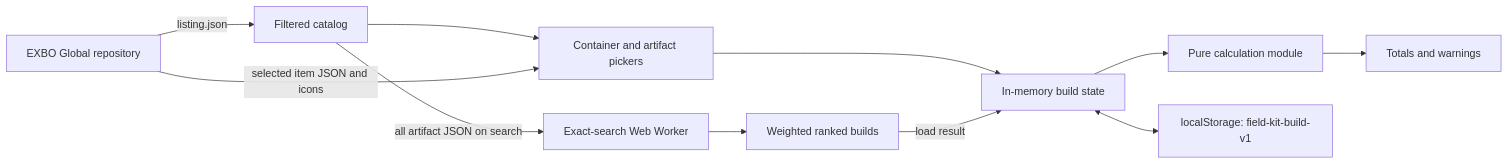
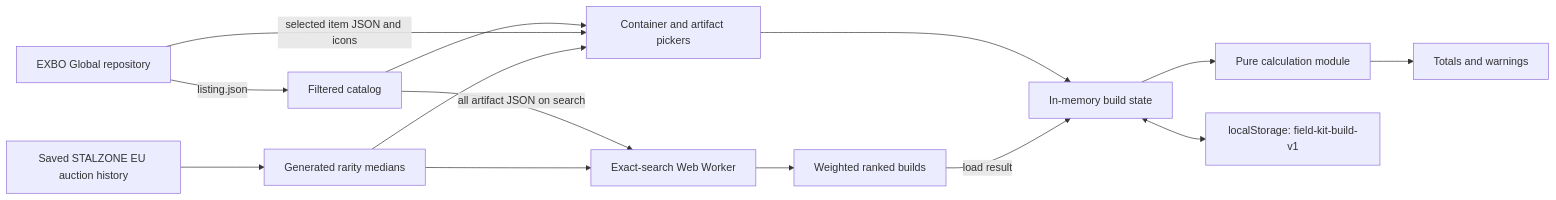
Before and after one commit to mzmrk/stalzone-field-kit: the diagram in docs/architecture.md, drawn with Mermaid. The commit also changed other lines of this file and 13 other files, not shown here.

Commit message:
pricing,optimizer,ui: add budget-aware market estimates (rarity medians, price display, max-total filter)

````diff
--- a/docs/architecture.md
+++ b/docs/architecture.md
@@ -18,13 +18,16 @@
 ```mermaid
 flowchart LR
     EXBO["EXBO Global repository"] -->|listing.json| Catalog["Filtered catalog"]
+    Snapshot["Saved STALZONE EU auction history"] --> PriceIndex["Generated rarity medians"]
     Catalog --> Picker["Container and artifact pickers"]
     EXBO -->|selected item JSON and icons| Picker
+    PriceIndex --> Picker
     Picker --> Build["In-memory build state"]
     Build --> Calculator["Pure calculation module"]
     Calculator --> Results["Totals and warnings"]
     Build <--> Storage["localStorage: field-kit-build-v1"]
     Catalog -->|all artifact JSON on search| Optimizer["Exact-search Web Worker"]
+    PriceIndex --> Optimizer
     Optimizer --> Ranked["Weighted ranked builds"]
     Ranked -->|load result| Build
 ```
````
